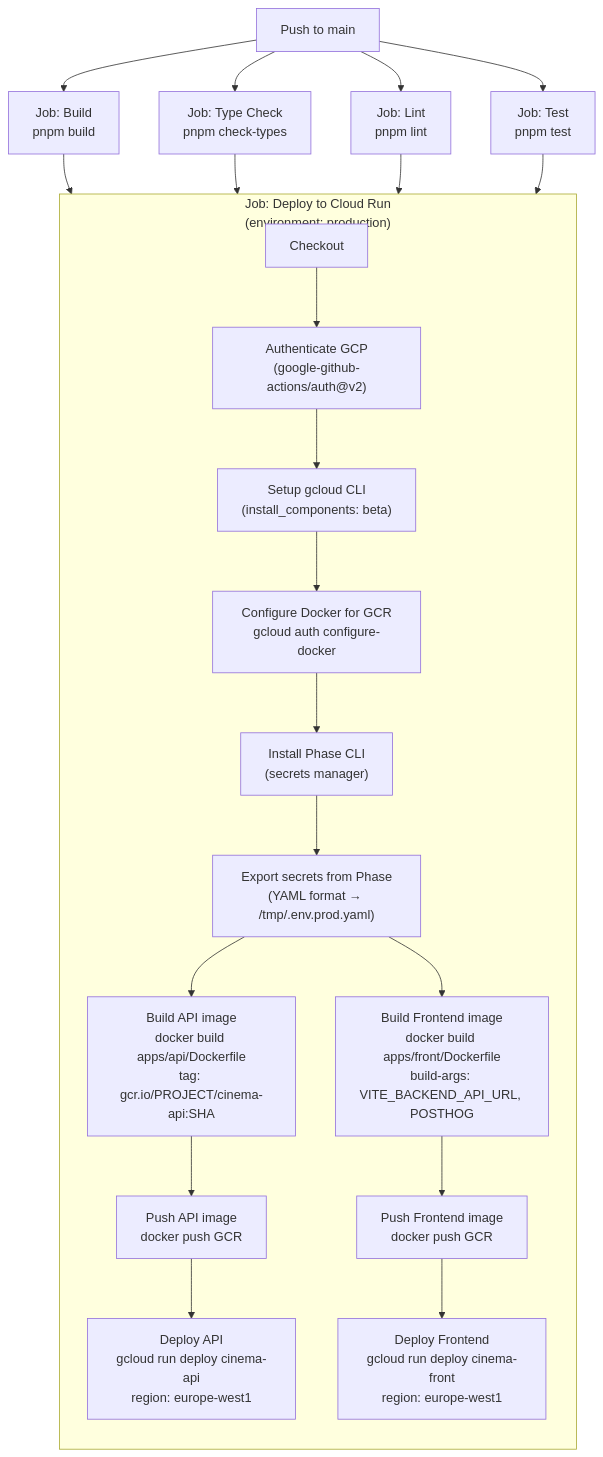
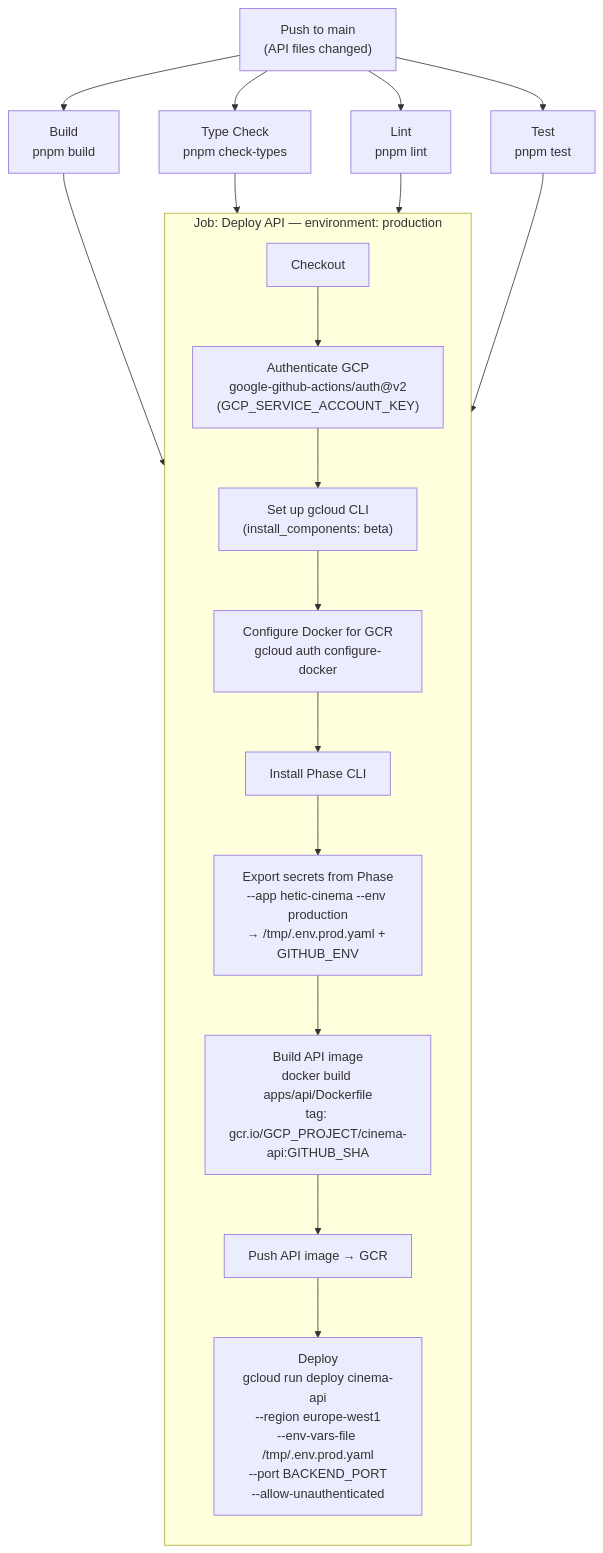
Before and after one commit to mathieusouflis/HETIC-projet-cinema: the second of 5 diagrams in apps/documentation/architecture/ci-cd.md, drawn with Mermaid. The commit also changed other lines of this file, not shown here.

Commit message:
doc(ci): Split deploy workflows in CI/CD docs

````diff
--- a/apps/documentation/architecture/ci-cd.md
+++ b/apps/documentation/architecture/ci-cd.md
@@ -43,31 +55,26 @@
 ```mermaid
 flowchart TD
-    PUSH["Push to main"]
+    PUSH["Push to main\n(API files changed)"]
 
-    PUSH --> JB["Job: Build\npnpm build"]
-    PUSH --> JCT["Job: Type Check\npnpm check-types"]
-    PUSH --> JL["Job: Lint\npnpm lint"]
-    PUSH --> JT["Job: Test\npnpm test"]
+    PUSH --> JB["Build\npnpm build"]
+    PUSH --> JCT["Type Check\npnpm check-types"]
+    PUSH --> JL["Lint\npnpm lint"]
+    PUSH --> JT["Test\npnpm test"]
 
     JB & JCT & JL & JT --> DEPLOY
 
-    subgraph DEPLOY["Job: Deploy to Cloud Run\n(environment: production)"]
+    subgraph DEPLOY["Job: Deploy API — environment: production"]
         direction TB
         D1["Checkout"]
-        D2["Authenticate GCP\n(google-github-actions/auth@v2)"]
-        D3["Setup gcloud CLI\n(install_components: beta)"]
+        D2["Authenticate GCP\ngoogle-github-actions/auth@v2\n(GCP_SERVICE_ACCOUNT_KEY)"]
+        D3["Set up gcloud CLI\n(install_components: beta)"]
         D4["Configure Docker for GCR\ngcloud auth configure-docker"]
-        D5["Install Phase CLI\n(secrets manager)"]
-        D6["Export secrets from Phase\n(YAML format → /tmp/.env.prod.yaml)"]
-        D7["Build API image\ndocker build apps/api/Dockerfile\ntag: gcr.io/PROJECT/cinema-api:SHA"]
-        D8["Push API image\ndocker push GCR"]
-        D9["Deploy API\ngcloud run deploy cinema-api\nregion: europe-west1"]
-        D10["Build Frontend image\ndocker build apps/front/Dockerfile\nbuild-args: VITE_BACKEND_API_URL, POSTHOG"]
-        D11["Push Frontend image\ndocker push GCR"]
-        D12["Deploy Frontend\ngcloud run deploy cinema-front\nregion: europe-west1"]
+        D5["Install Phase CLI"]
+        D6["Export secrets from Phase\n--app hetic-cinema --env production\n→ /tmp/.env.prod.yaml + GITHUB_ENV"]
+        D7["Build API image\ndocker build apps/api/Dockerfile\ntag: gcr.io/GCP_PROJECT/cinema-api:GITHUB_SHA"]
+        D8["Push API image → GCR"]
+        D9["Deploy\ngcloud run deploy cinema-api\n--region europe-west1\n--env-vars-file /tmp/.env.prod.yaml\n--port BACKEND_PORT\n--allow-unauthenticated"]
 
-        D1 --> D2 --> D3 --> D4 --> D5 --> D6
-        D6 --> D7 --> D8 --> D9
-        D6 --> D10 --> D11 --> D12
+        D1 --> D2 --> D3 --> D4 --> D5 --> D6 --> D7 --> D8 --> D9
     end
 ```
````
